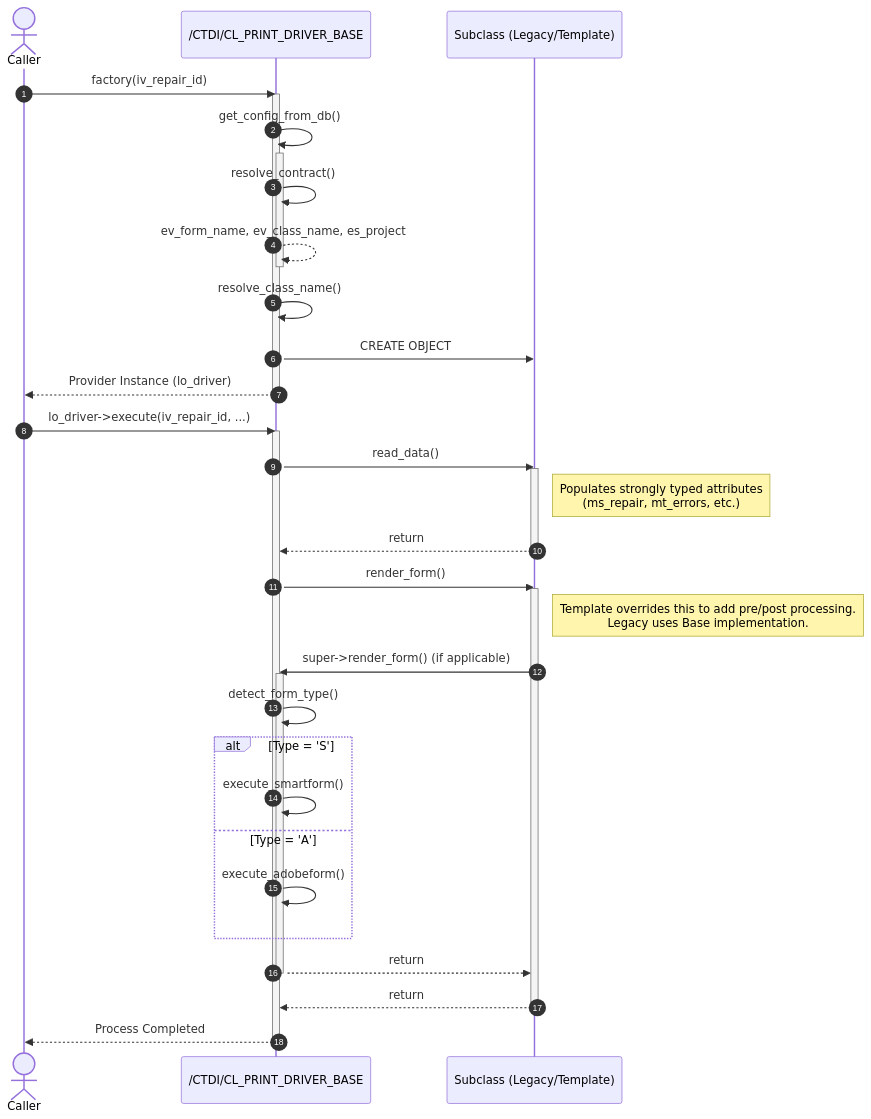
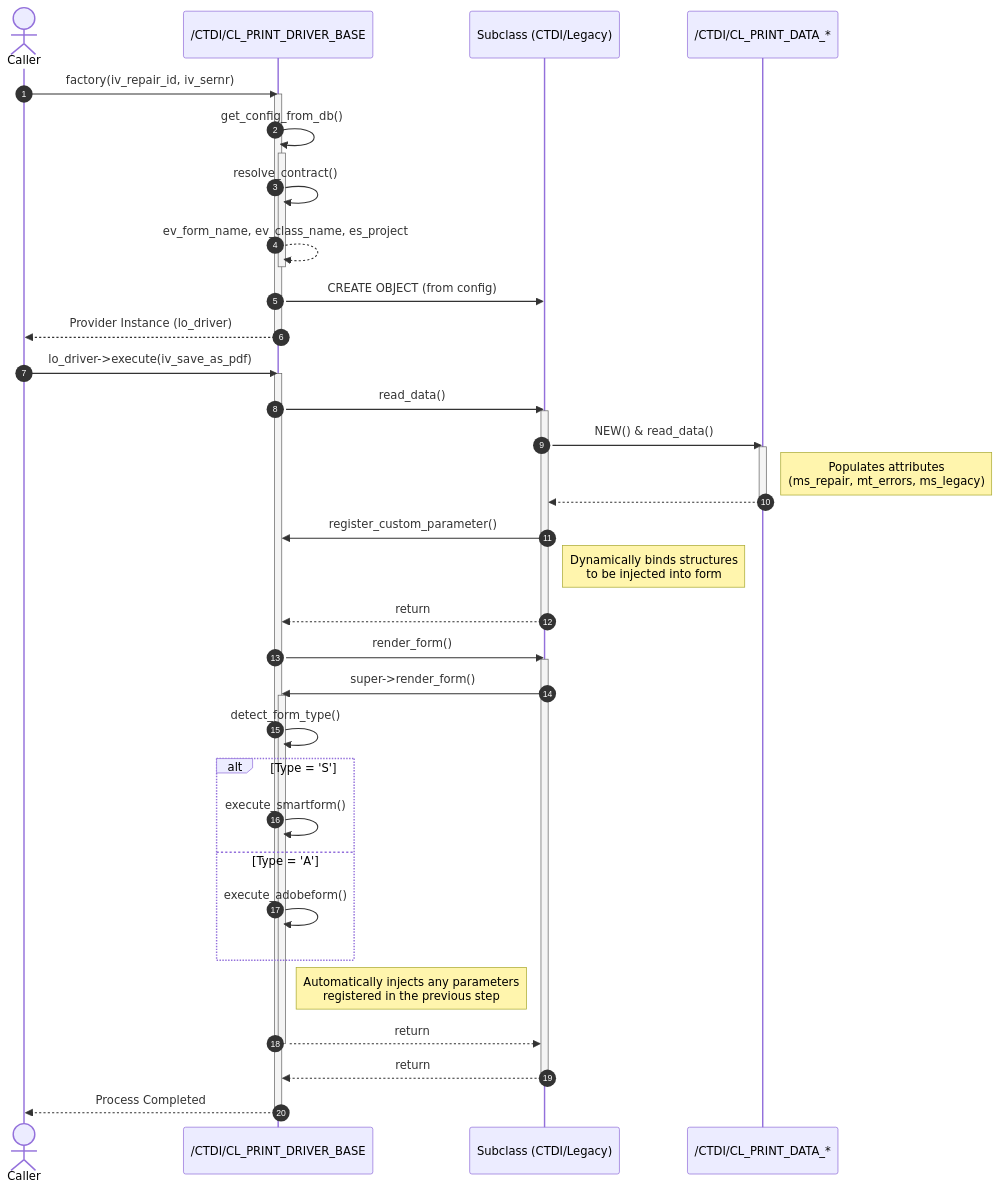
One commit to sbozbuga/DynAbap changed the second of 2 diagrams in uml_new.md. Above: the diagram before and after it, drawn with Mermaid. The commit also changed other lines of this file and 4 other files, not shown here.

Commit message:
feat: implement dynamic print driver framework with NAST integration and standalone execution support

````diff
--- a/uml_new.md
+++ b/uml_new.md
@@ -46,51 +84,59 @@
 ```mermaid
 sequenceDiagram
     autonumber
     actor Caller
     participant Base as /CTDI/CL_PRINT_DRIVER_BASE
-    participant Subclass as Subclass (Legacy/Template)
+    participant Subclass as Subclass (CTDI/Legacy)
+    participant DataProv as /CTDI/CL_PRINT_DATA_*
 
-    Caller->>Base: factory(iv_repair_id)
+    Caller->>Base: factory(iv_repair_id, iv_sernr)
     activate Base
 
     Base->>Base: get_config_from_db()
     activate Base
     Base->>Base: resolve_contract()
     Base-->>Base: ev_form_name, ev_class_name, es_project
     deactivate Base
 
-    Base->>Base: resolve_class_name()
-    Base->>Subclass: CREATE OBJECT
+    Base->>Subclass: CREATE OBJECT (from config)
     Base-->>Caller: Provider Instance (lo_driver)
     deactivate Base
 
-    Caller->>Base: lo_driver->execute(iv_repair_id, ...)
+    Caller->>Base: lo_driver->execute(iv_save_as_pdf)
     activate Base
 
     Base->>Subclass: read_data()
     activate Subclass
-    Note right of Subclass: Populates strongly typed attributes<br/>(ms_repair, mt_errors, etc.)
+    Subclass->>DataProv: NEW() & read_data()
+    activate DataProv
+    Note right of DataProv: Populates attributes<br/>(ms_repair, mt_errors, ms_legacy)
+    DataProv-->>Subclass: 
+    deactivate DataProv
+    
+    Subclass->>Base: register_custom_parameter()
+    Note right of Subclass: Dynamically binds structures<br/>to be injected into form
+    
     Subclass-->>Base: return
     deactivate Subclass
 
     Base->>Subclass: render_form()
     activate Subclass
-    Note right of Subclass: Template overrides this to add pre/post processing.<br/>Legacy uses Base implementation.
-    Subclass->>Base: super->render_form() (if applicable)
+    Subclass->>Base: super->render_form()
     activate Base
     
     Base->>Base: detect_form_type()
     alt Type = 'S'
         Base->>Base: execute_smartform()
     else Type = 'A'
         Base->>Base: execute_adobeform()
     end
+    Note right of Base: Automatically injects any parameters<br/>registered in the previous step
 
     Base-->>Subclass: return
     deactivate Base
     Subclass-->>Base: return
     deactivate Subclass
 
     Base-->>Caller: Process Completed
     deactivate Base
 ```
````
